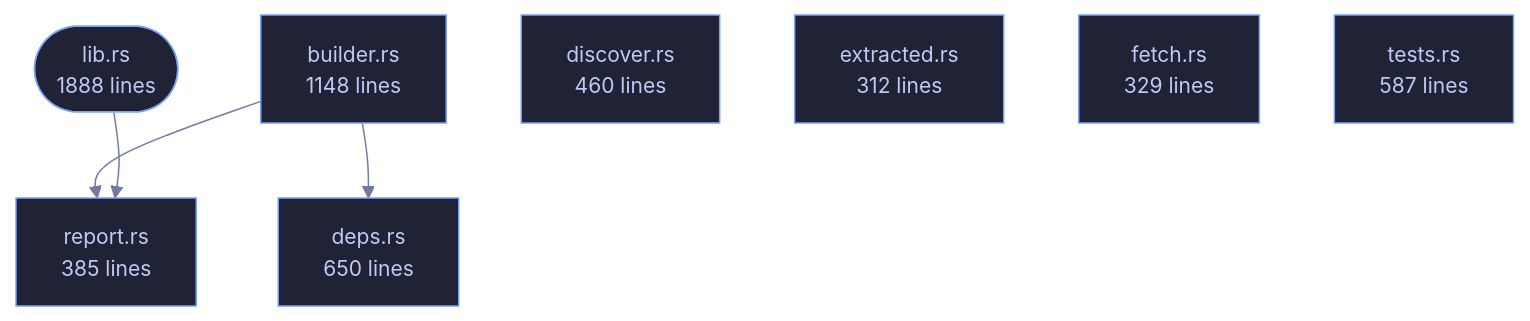
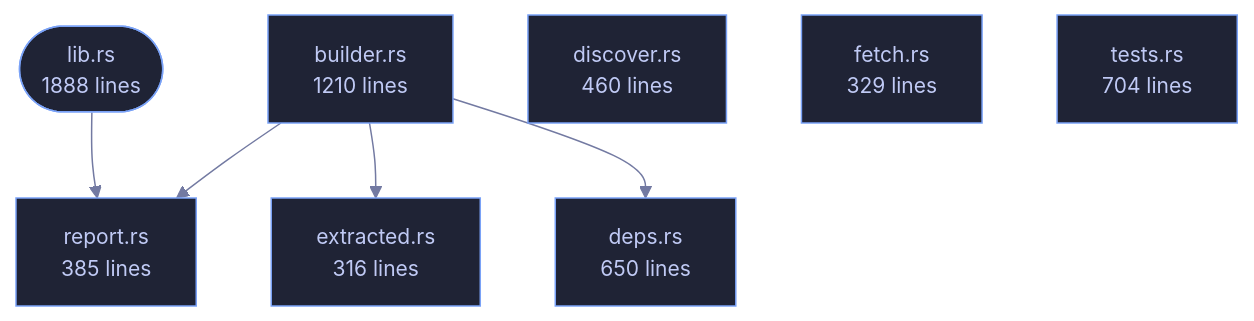
Before and after one commit to tilas01/veilvoice: the diagram in wiki/Crate-veilvoice-verify.md, drawn with Mermaid. The commit also changed other lines of this file and 60 other files, not shown here.

````diff
--- a/wiki/Crate-veilvoice-verify.md
+++ b/wiki/Crate-veilvoice-verify.md
@@ -80,23 +80,24 @@
 ```mermaid
 %%{init: {"theme":"base","themeVariables":{"background":"#1a1b26","primaryColor":"#1f2335","primaryTextColor":"#c0caf5","primaryBorderColor":"#7aa2f7","secondaryColor":"#16161e","tertiaryColor":"#16161e","lineColor":"#737aa2","textColor":"#c0caf5","mainBkg":"#1f2335","nodeBorder":"#7aa2f7","clusterBkg":"#16161e","clusterBorder":"#2f3549","fontFamily":"ui-monospace, SFMono-Regular, Consolas, monospace","fontSize":"14px"}}}%%
 flowchart TD
     n_lib(["lib.rs<br/>1888 lines"])
-    n_builder["builder.rs<br/>1148 lines"]
+    n_builder["builder.rs<br/>1210 lines"]
     n_deps["deps.rs<br/>650 lines"]
     n_discover["discover.rs<br/>460 lines"]
-    n_extracted["extracted.rs<br/>312 lines"]
+    n_extracted["extracted.rs<br/>316 lines"]
     n_fetch["fetch.rs<br/>329 lines"]
     n_report["report.rs<br/>385 lines"]
-    n_tests["tests.rs<br/>587 lines"]
+    n_tests["tests.rs<br/>704 lines"]
     n_builder --> n_deps
+    n_builder --> n_extracted
     n_builder --> n_report
     n_lib --> n_report
     click n_lib href "https://github.com/tilas01/veilvoice/blob/main/crates/veilvoice-verify/src/lib.rs" "open the source"
     click n_builder href "https://github.com/tilas01/veilvoice/blob/main/crates/veilvoice-verify/src/builder.rs" "open the source"
     click n_deps href "https://github.com/tilas01/veilvoice/blob/main/crates/veilvoice-verify/src/deps.rs" "open the source"
     click n_discover href "https://github.com/tilas01/veilvoice/blob/main/crates/veilvoice-verify/src/discover.rs" "open the source"
     click n_extracted href "https://github.com/tilas01/veilvoice/blob/main/crates/veilvoice-verify/src/extracted.rs" "open the source"
     click n_fetch href "https://github.com/tilas01/veilvoice/blob/main/crates/veilvoice-verify/src/fetch.rs" "open the source"
     click n_report href "https://github.com/tilas01/veilvoice/blob/main/crates/veilvoice-verify/src/report.rs" "open the source"
     click n_tests href "https://github.com/tilas01/veilvoice/blob/main/crates/veilvoice-verify/src/tests.rs" "open the source"
 ```
````
